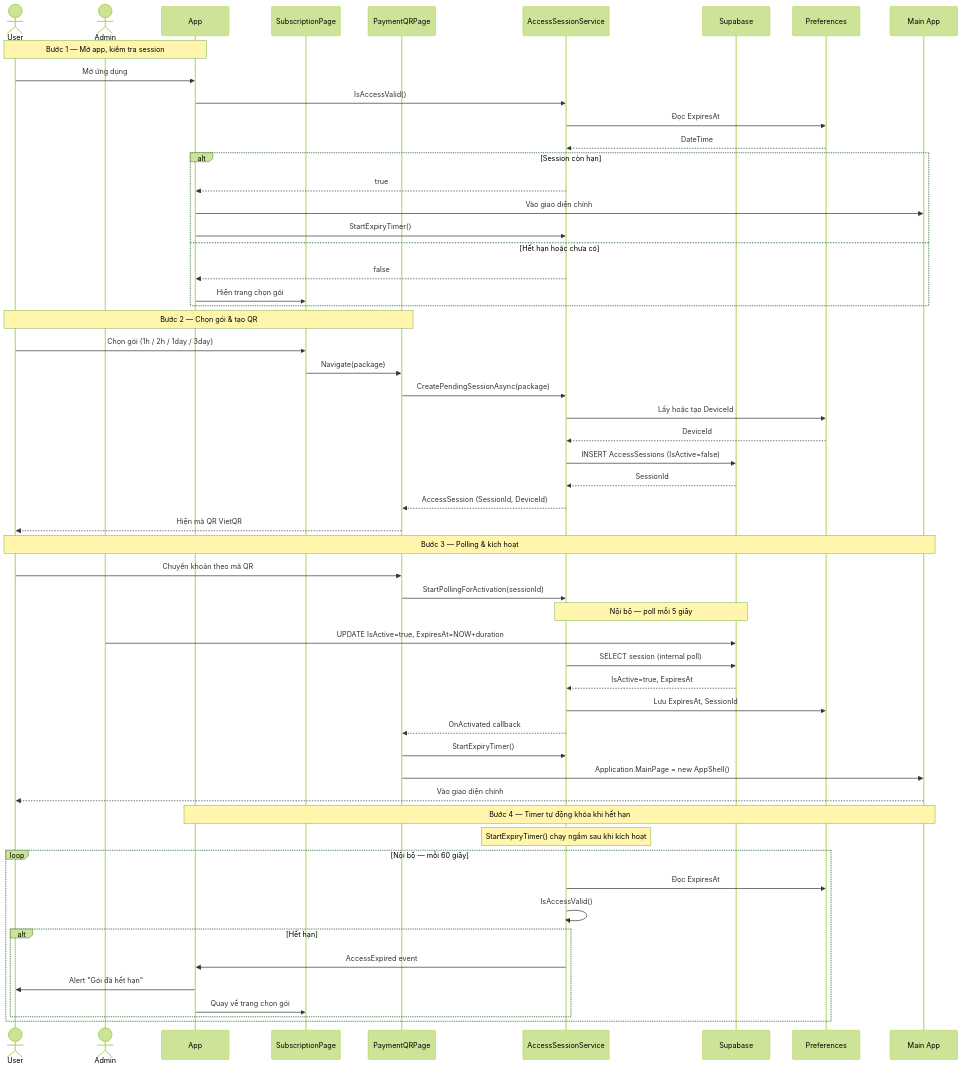
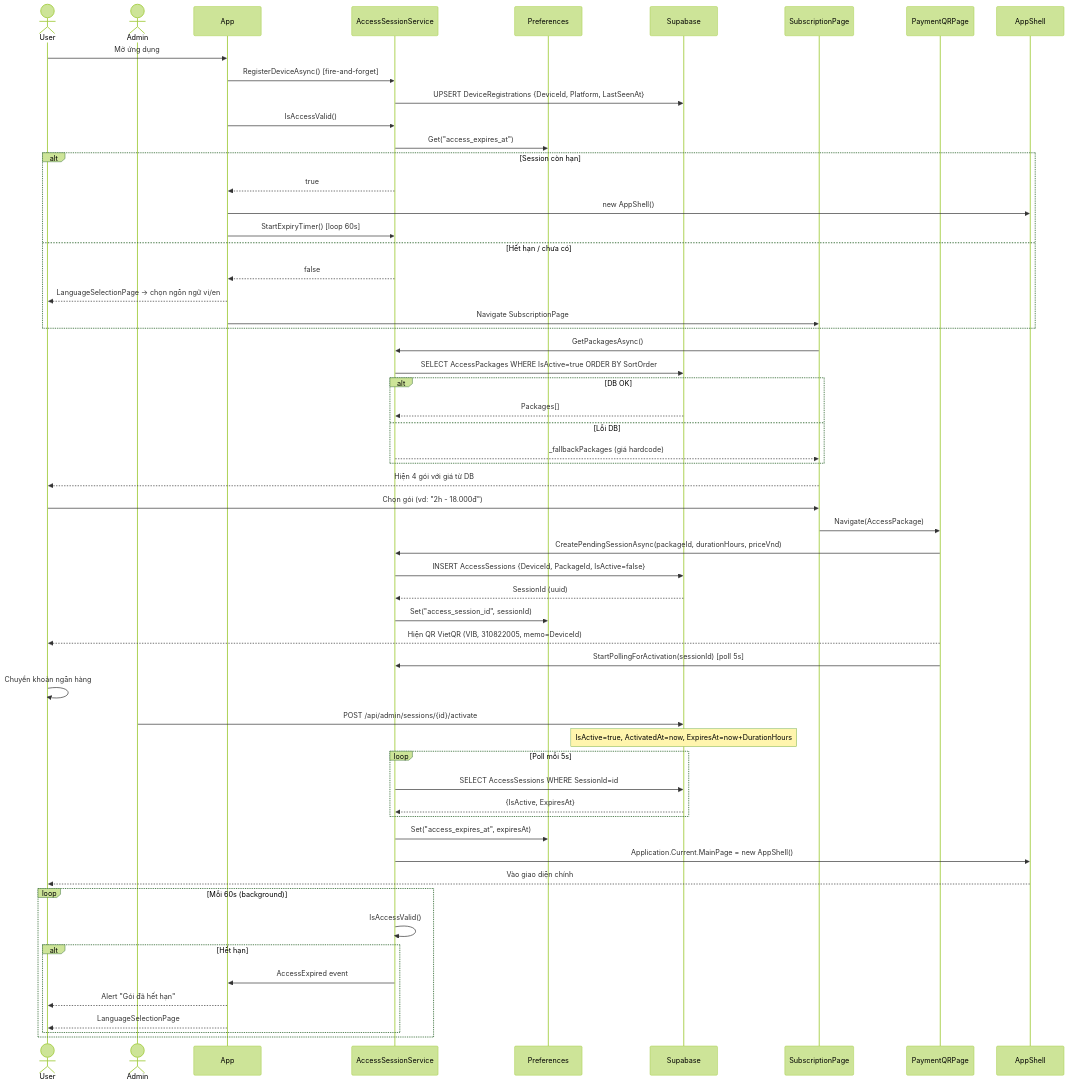
The fifth of 22 diagrams in PRD.md (MTai55/TourguideProjectApp), drawn with Mermaid (forest theme) before and after one commit. The commit also changed other lines of this file and 2 other files, not shown here.

````diff
--- a/PRD.md
+++ b/PRD.md
@@ -1016,62 +1237,67 @@
 ```mermaid
 sequenceDiagram
     actor User
     actor Admin
     participant App
-    participant SubscriptionPage
-    participant PaymentQRPage
-    participant AccessSessionService
+    participant ASS as AccessSessionService
+    participant Prefs as Preferences
     participant Supabase
-    participant Preferences
-    participant AppShell as Main App
+    participant SubPage as SubscriptionPage
+    participant QRPage as PaymentQRPage
+    participant Shell as AppShell
 
-    Note over User,App: Bước 1 — Mở app, kiểm tra session
     User->>App: Mở ứng dụng
-    App->>AccessSessionService: IsAccessValid()
-    AccessSessionService->>Preferences: Đọc ExpiresAt
-    Preferences-->>AccessSessionService: DateTime
+    App->>ASS: RegisterDeviceAsync() [fire-and-forget]
+    ASS->>Supabase: UPSERT DeviceRegistrations {DeviceId, Platform, LastSeenAt}
+
+    App->>ASS: IsAccessValid()
+    ASS->>Prefs: Get("access_expires_at")
     alt Session còn hạn
-        AccessSessionService-->>App: true
-        App->>AppShell: Vào giao diện chính
-        App->>AccessSessionService: StartExpiryTimer()
-    else Hết hạn hoặc chưa có
-        AccessSessionService-->>App: false
-        App->>SubscriptionPage: Hiện trang chọn gói
+        ASS-->>App: true
+        App->>Shell: new AppShell()
+        App->>ASS: StartExpiryTimer() [loop 60s]
+    else Hết hạn / chưa có
+        ASS-->>App: false
+        App-->>User: LanguageSelectionPage → chọn ngôn ngữ vi/en
+        App->>SubPage: Navigate SubscriptionPage
     end
 
-    Note over User,PaymentQRPage: Bước 2 — Chọn gói & tạo QR
-    User->>SubscriptionPage: Chọn gói (1h / 2h / 1day / 3day)
-    SubscriptionPage->>PaymentQRPage: Navigate(package)
-    PaymentQRPage->>AccessSessionService: CreatePendingSessionAsync(package)
-    AccessSessionService->>Preferences: Lấy hoặc tạo DeviceId
-    Preferences-->>AccessSessionService: DeviceId
-    AccessSessionService->>Supabase: INSERT AccessSessions (IsActive=false)
-    Supabase-->>AccessSessionService: SessionId
-    AccessSessionService-->>PaymentQRPage: AccessSession (SessionId, DeviceId)
-    PaymentQRPage-->>User: Hiện mã QR VietQR
+    SubPage->>ASS: GetPackagesAsync()
+    ASS->>Supabase: SELECT AccessPackages WHERE IsActive=true ORDER BY SortOrder
+    alt DB OK
+        Supabase-->>ASS: Packages[]
+    else Lỗi DB
+        ASS-->>SubPage: _fallbackPackages (giá hardcode)
+    end
+    SubPage-->>User: Hiện 4 gói với giá từ DB
 
-    Note over User,AppShell: Bước 3 — Polling & kích hoạt
-    User->>PaymentQRPage: Chuyển khoản theo mã QR
-    PaymentQRPage->>AccessSessionService: StartPollingForActivation(sessionId)
-    Note over AccessSessionService,Supabase: Nội bộ — poll mỗi 5 giây
-    Admin->>Supabase: UPDATE IsActive=true, ExpiresAt=NOW+duration
-    AccessSessionService->>Supabase: SELECT session (internal poll)
-    Supabase-->>AccessSessionService: IsActive=true, ExpiresAt
-    AccessSessionService->>Preferences: Lưu ExpiresAt, SessionId
-    AccessSessionService-->>PaymentQRPage: OnActivated callback
-    PaymentQRPage->>AccessSessionService: StartExpiryTimer()
-    PaymentQRPage->>AppShell: Application.MainPage = new AppShell()
-    AppShell-->>User: Vào giao diện chính
+    User->>SubPage: Chọn gói (vd: "2h - 18.000đ")
+    SubPage->>QRPage: Navigate(AccessPackage)
+    QRPage->>ASS: CreatePendingSessionAsync(packageId, durationHours, priceVnd)
+    ASS->>Supabase: INSERT AccessSessions {DeviceId, PackageId, IsActive=false}
+    Supabase-->>ASS: SessionId (uuid)
+    ASS->>Prefs: Set("access_session_id", sessionId)
+    QRPage-->>User: Hiện QR VietQR (VIB, 310822005, memo=DeviceId)
+    QRPage->>ASS: StartPollingForActivation(sessionId) [poll 5s]
 
-    Note over App,AppShell: Bước 4 — Timer tự động khóa khi hết hạn
-    Note over AccessSessionService: StartExpiryTimer() chạy ngầm sau khi kích hoạt
-    loop Nội bộ — mỗi 60 giây
-        AccessSessionService->>Preferences: Đọc ExpiresAt
-        AccessSessionService->>AccessSessionService: IsAccessValid()
+    User->>User: Chuyển khoản ngân hàng
+    Admin->>Supabase: POST /api/admin/sessions/{id}/activate
+    Note over Supabase: IsActive=true, ActivatedAt=now, ExpiresAt=now+DurationHours
+
+    loop Poll mỗi 5s
+        ASS->>Supabase: SELECT AccessSessions WHERE SessionId=id
+        Supabase-->>ASS: {IsActive, ExpiresAt}
+    end
+    ASS->>Prefs: Set("access_expires_at", expiresAt)
+    ASS->>Shell: Application.Current.MainPage = new AppShell()
+    Shell-->>User: Vào giao diện chính
+
+    loop Mỗi 60s (background)
+        ASS->>ASS: IsAccessValid()
         alt Hết hạn
-            AccessSessionService->>App: AccessExpired event
-            App->>User: Alert "Gói đã hết hạn"
-            App->>SubscriptionPage: Quay về trang chọn gói
+            ASS->>App: AccessExpired event
+            App-->>User: Alert "Gói đã hết hạn"
+            App-->>User: LanguageSelectionPage
         end
     end
 ```
````
